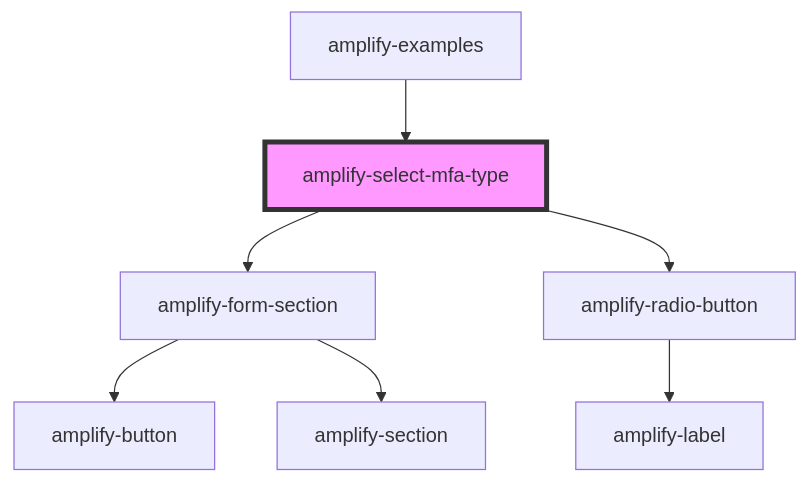
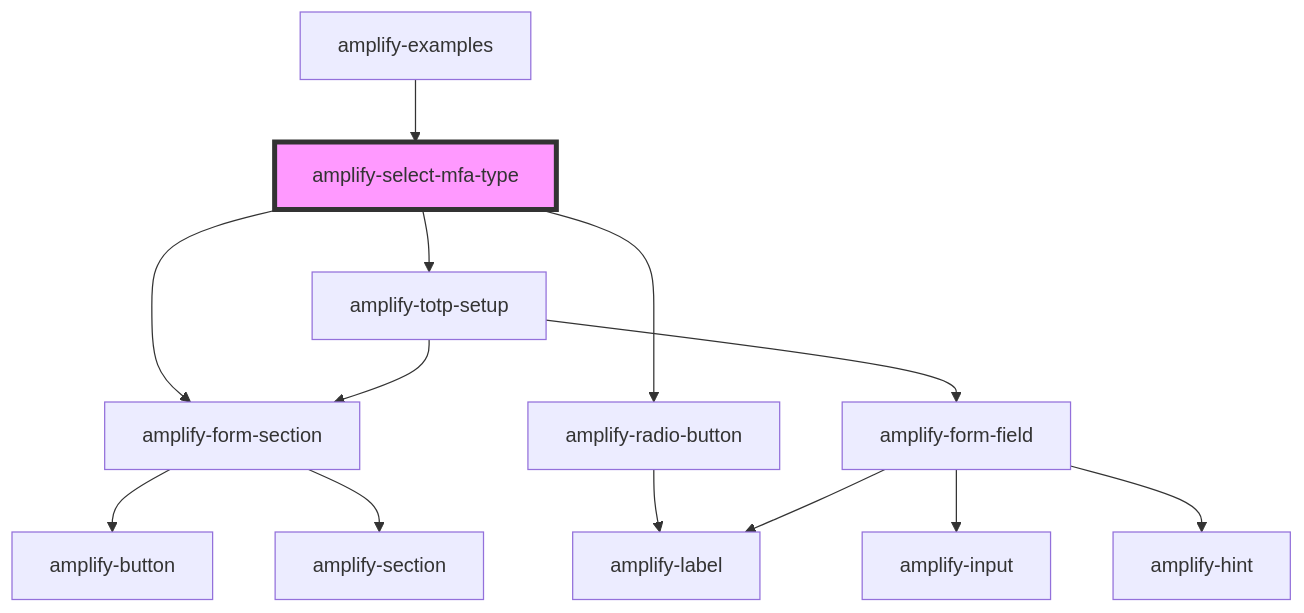
The diagram in packages/amplify-ui-components/src/components/amplify-select-mfa-type/readme.md (aws-amplify/amplify-js), drawn with Mermaid before and after one commit. The commit also changed other lines of this file and 2 other files, not shown here.

Commit message:
Update readme files

````diff
--- a/packages/amplify-ui-components/src/components/amplify-select-mfa-type/readme.md
+++ b/packages/amplify-ui-components/src/components/amplify-select-mfa-type/readme.md
@@ -27,10 +28,16 @@
 ```mermaid
 graph TD;
   amplify-select-mfa-type --> amplify-form-section
   amplify-select-mfa-type --> amplify-radio-button
+  amplify-select-mfa-type --> amplify-totp-setup
   amplify-form-section --> amplify-button
   amplify-form-section --> amplify-section
   amplify-radio-button --> amplify-label
+  amplify-totp-setup --> amplify-form-section
+  amplify-totp-setup --> amplify-form-field
+  amplify-form-field --> amplify-label
+  amplify-form-field --> amplify-input
+  amplify-form-field --> amplify-hint
   amplify-examples --> amplify-select-mfa-type
   style amplify-select-mfa-type fill:#f9f,stroke:#333,stroke-width:4px
 ```
````
